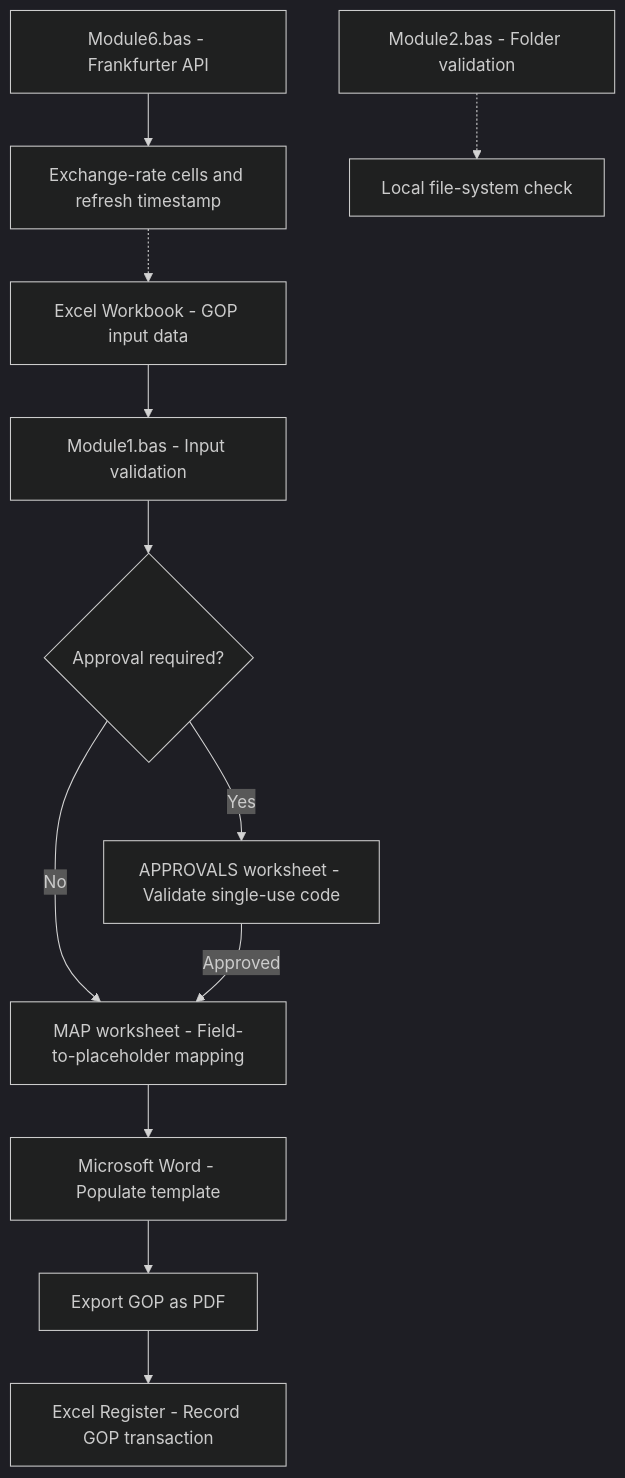
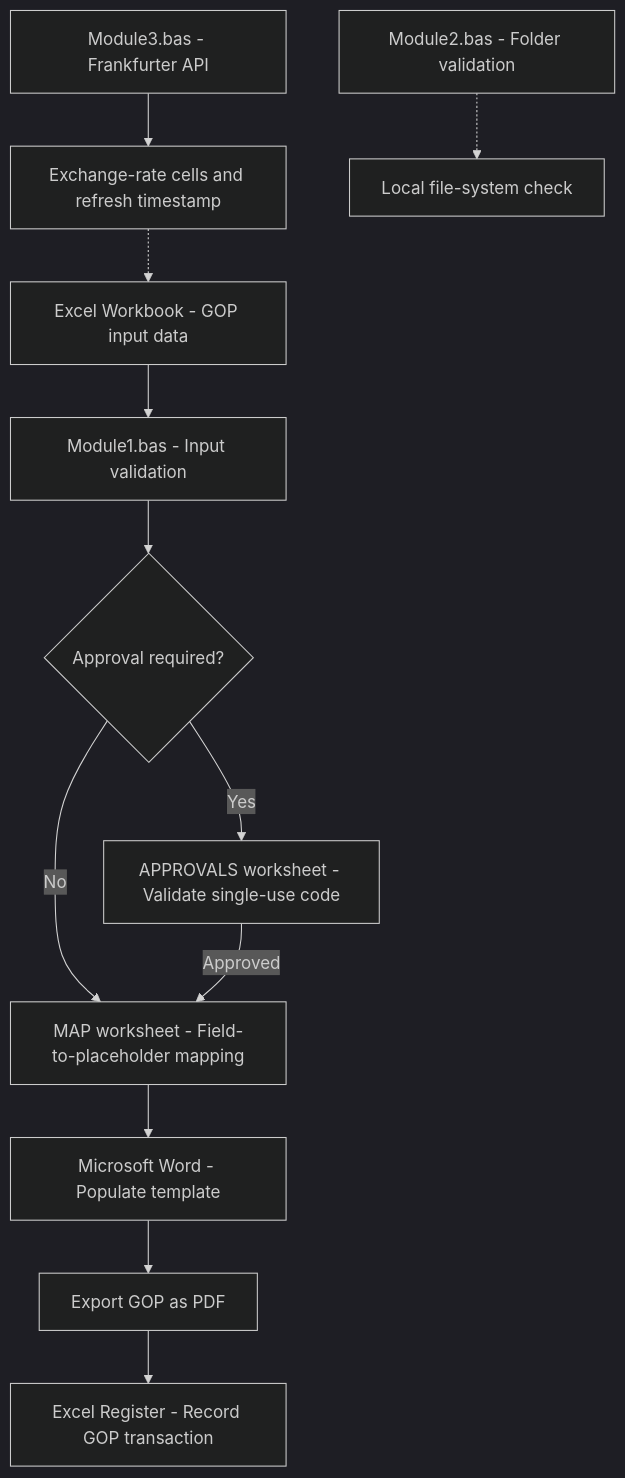
Before and after one commit to LebsLabs/GOP-Generator: the diagram in docs/ARCHITECTURE.md, drawn with Mermaid (dark theme).

Commit message:
Update Module reference in architecture documentation

````diff
--- a/docs/ARCHITECTURE.md
+++ b/docs/ARCHITECTURE.md
@@ -25,16 +25,16 @@
 ```mermaid
 flowchart TD
     A["Excel Workbook - GOP input data"] --> B["Module1.bas - Input validation"]
     B --> C{"Approval required?"}
     C -->|Yes| D["APPROVALS worksheet - Validate single-use code"]
     C -->|No| E["MAP worksheet - Field-to-placeholder mapping"]
     D -->|Approved| E
     E --> F["Microsoft Word - Populate template"]
     F --> G["Export GOP as PDF"]
     G --> H["Excel Register - Record GOP transaction"]
 
-    I["Module6.bas - Frankfurter API"] --> J["Exchange-rate cells and refresh timestamp"]
+    I["Module3.bas - Frankfurter API"] --> J["Exchange-rate cells and refresh timestamp"]
     J -.-> A
 
     K["Module2.bas - Folder validation"] -.-> L["Local file-system check"]
 ```
````
